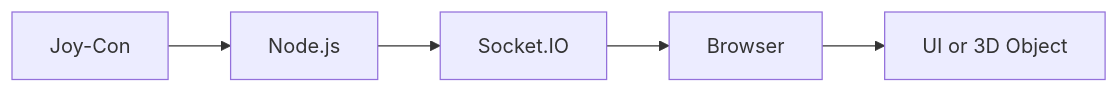
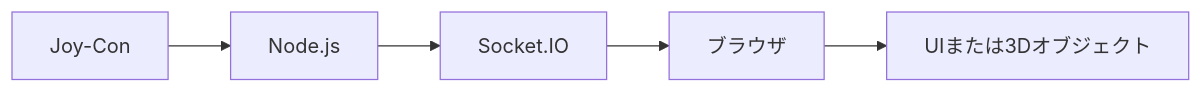
The diagram in README.md (indo40722/joycon-web-input-demo), drawn with Mermaid before and after one commit. The commit also changed other lines of this file, not shown here.

````diff
--- a/README.md
+++ b/README.md
@@ -17,7 +17,7 @@
 ```mermaid
 flowchart LR
   A[Joy-Con] --> B[Node.js]
   B --> C[Socket.IO]
-  C --> D[Browser]
-  D --> E[UI or 3D Object]
+  C --> D[ブラウザ]
+  D --> E[UIまたは3Dオブジェクト]
 ```
````
